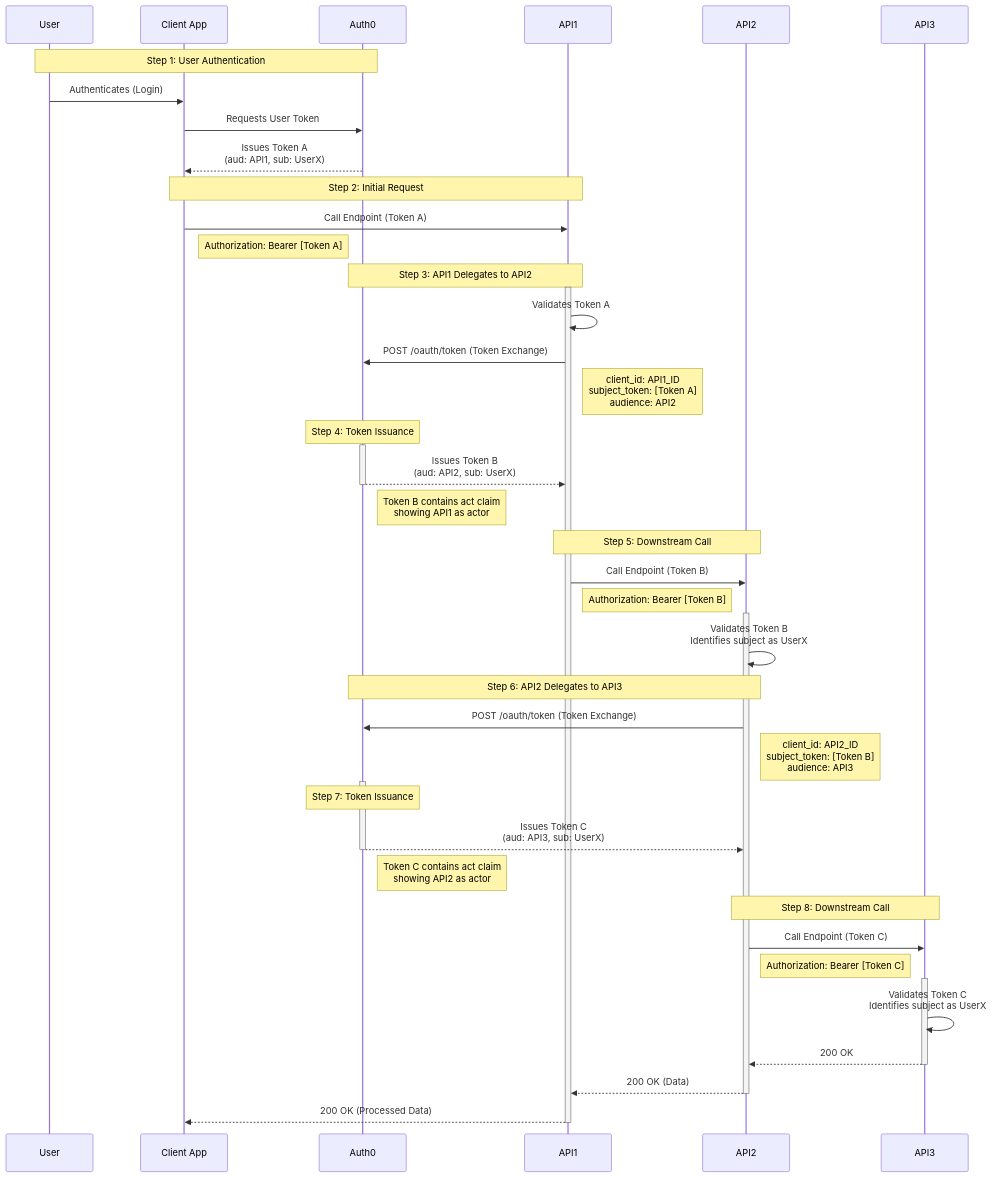
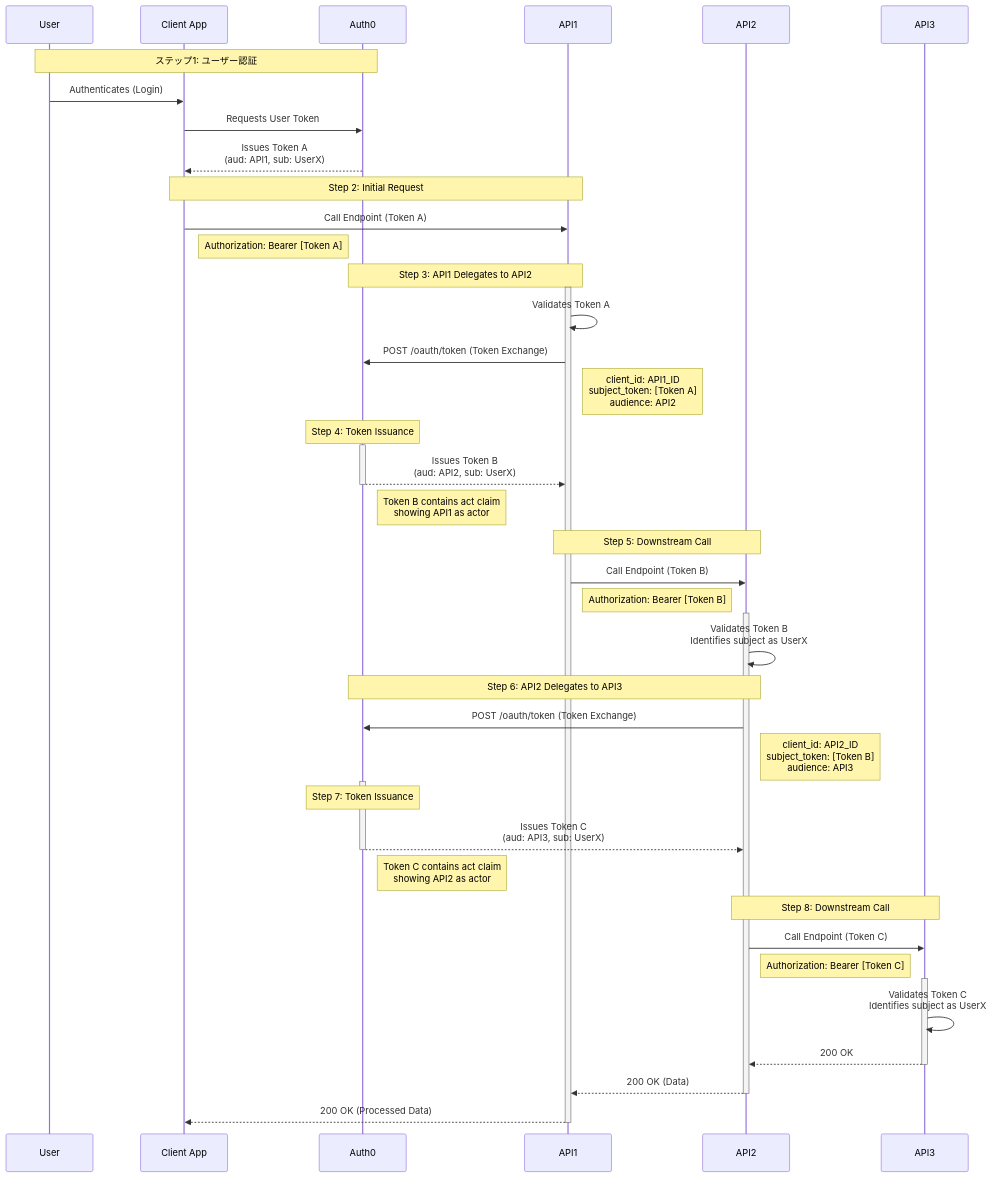
One commit to auth0/docs-v2 changed the second of 2 diagrams in main/docs/ja-jp/secure/call-apis-on-users-behalf/on-behalf-of-token-exchange.mdx. Above: the diagram before and after it, drawn with Mermaid. The commit also changed other lines of this file and 7241 other files, not shown here.

````diff
--- a/main/docs/ja-jp/secure/call-apis-on-users-behalf/on-behalf-of-token-exchange.mdx
+++ b/main/docs/ja-jp/secure/call-apis-on-users-behalf/on-behalf-of-token-exchange.mdx
@@ -192,59 +192,59 @@
 ```mermaid
 sequenceDiagram
     participant User
     participant Client App
     participant Auth0
     participant API1
     participant API2
     participant API3
 
-    Note over User,Auth0: Step 1: User Authentication
+    Note over User,Auth0: ステップ1: ユーザー認証
     User->>Client App: Authenticates (Login)
     Client App->>Auth0: Requests User Token
     Auth0-->>Client App: Issues Token A<br/>(aud: API1, sub: UserX)
 
     Note over Client App,API1: Step 2: Initial Request
     Client App->>API1: Call Endpoint (Token A)
     Note right of Client App: Authorization: Bearer [Token A]
 
     Note over API1,Auth0: Step 3: API1 Delegates to API2
     activate API1
     API1->>API1: Validates Token A
     API1->>Auth0: POST /oauth/token (Token Exchange)
     Note right of API1: client_id: API1_ID<br/>subject_token: [Token A]<br/>audience: API2
 
     Note over Auth0: Step 4: Token Issuance
     activate Auth0
     Auth0-->>API1: Issues Token B<br/>(aud: API2, sub: UserX)
     deactivate Auth0
     Note right of Auth0: Token B contains act claim<br/>showing API1 as actor
 
     Note over API1,API2: Step 5: Downstream Call
     API1->>API2: Call Endpoint (Token B)
     Note right of API1: Authorization: Bearer [Token B]
     activate API2
     API2->>API2: Validates Token B<br/>Identifies subject as UserX
 
     Note over API2,Auth0: Step 6: API2 Delegates to API3
     API2->>Auth0: POST /oauth/token (Token Exchange)
     Note right of API2: client_id: API2_ID<br/>subject_token: [Token B]<br/>audience: API3
     activate Auth0
 
     Note over Auth0: Step 7: Token Issuance
     Auth0-->>API2: Issues Token C<br/>(aud: API3, sub: UserX)
     deactivate Auth0
     Note right of Auth0: Token C contains act claim<br/>showing API2 as actor
 
     Note over API2,API3: Step 8: Downstream Call
     API2->>API3: Call Endpoint (Token C)
     Note right of API2: Authorization: Bearer [Token C]
     activate API3
     API3->>API3: Validates Token C<br/>Identifies subject as UserX
     API3-->>API2: 200 OK
     deactivate API3
 
     API2-->>API1: 200 OK (Data)
     deactivate API2
     API1-->>Client App: 200 OK (Processed Data)
     deactivate API1
 ```
````
